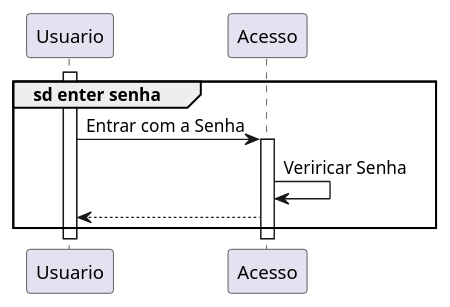
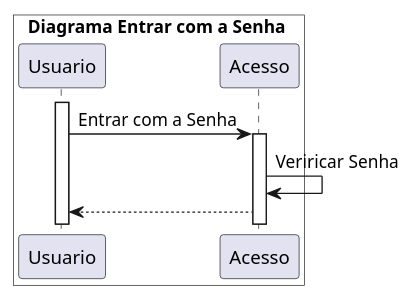
Before and after one commit to LeonardoVieiraGuimaraes/OrientacaoObjetos: the first of 2 diagrams in UML/DiagramasComportamentais/VisaoGeralInteracao.puml, drawn with PlantUML. The commit also changed other lines of this file and 11 other files, not shown here.

```diff
--- a/UML/DiagramasComportamentais/VisaoGeralInteracao.puml
+++ b/UML/DiagramasComportamentais/VisaoGeralInteracao.puml
@@ -1,15 +1,15 @@
 @startuml
 
-group sd enter senha
+box Diagrama Entrar com a Senha #White
     participant Usuario
     participant Acesso
     activate Usuario
     Usuario -> Acesso: Entrar com a Senha
     activate Acesso
     Acesso -> Acesso: Veriricar Senha
     Acesso --> Usuario
   
-end
+end box
 
 
 @enduml
```
